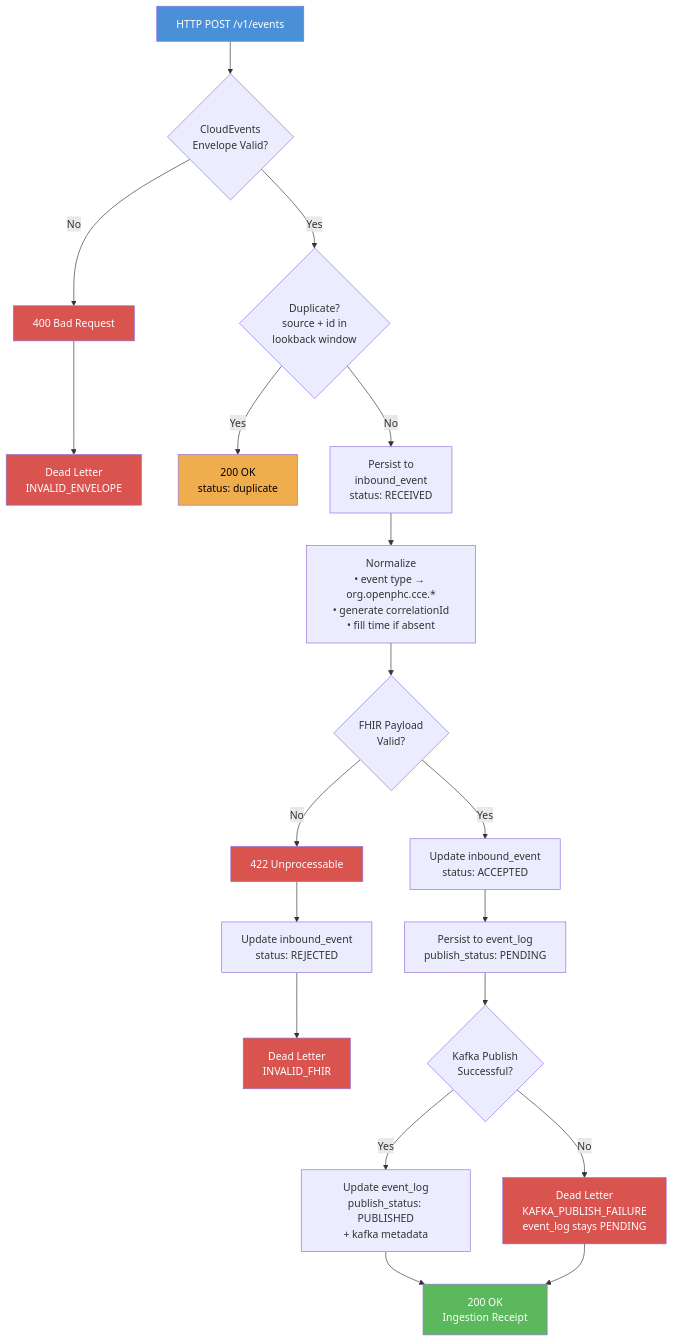
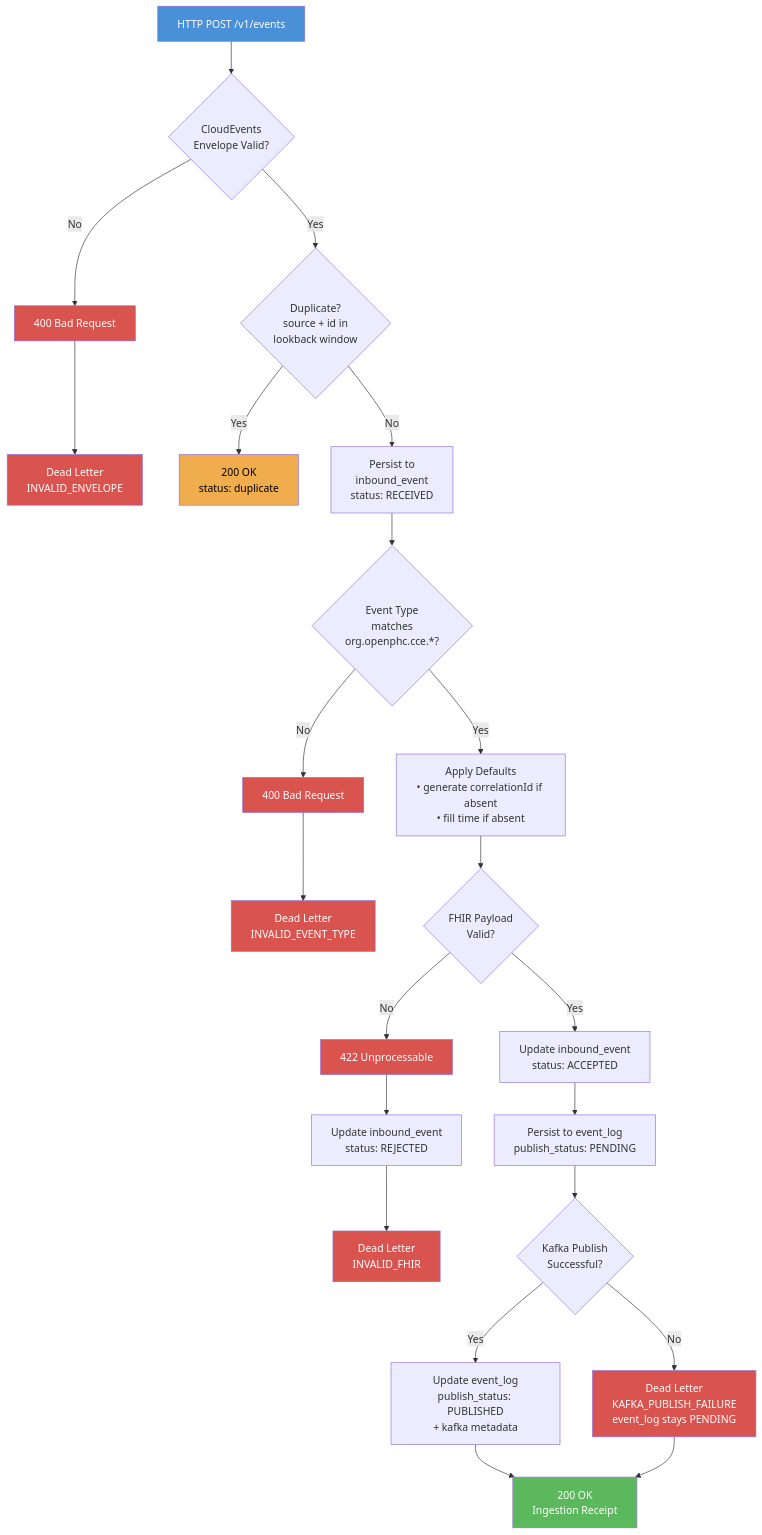
One commit to Jayaprakash8887/cce-collector-service changed the first of 8 diagrams in docs/flow-diagrams.md. Above: the diagram before and after it, drawn with Mermaid. The commit also changed other lines of this file and 4 other files, not shown here.

````diff
--- a/docs/flow-diagrams.md
+++ b/docs/flow-diagrams.md
@@ -9,30 +9,35 @@
 ```mermaid
 flowchart TD
     A[HTTP POST /v1/events] --> B{CloudEvents<br/>Envelope Valid?}
     B -->|No| C[400 Bad Request]
     C --> C1[Dead Letter<br/>INVALID_ENVELOPE]
     B -->|Yes| D{Duplicate?<br/>source + id in<br/>lookback window}
     D -->|Yes| E[200 OK<br/>status: duplicate]
     D -->|No| F[Persist to<br/>inbound_event<br/>status: RECEIVED]
-    F --> G[Normalize<br/>• event type → org.openphc.cce.*<br/>• generate correlationId<br/>• fill time if absent]
-    G --> H{FHIR Payload<br/>Valid?}
+    F --> G1{Event Type<br/>matches<br/>org.openphc.cce.*?}
+    G1 -->|No| G1a[400 Bad Request]
+    G1a --> G1b[Dead Letter<br/>INVALID_EVENT_TYPE]
+    G1 -->|Yes| G2[Apply Defaults<br/>• generate correlationId if absent<br/>• fill time if absent]
+    G2 --> H{FHIR Payload<br/>Valid?}
     H -->|No| I[422 Unprocessable]
     I --> I1[Update inbound_event<br/>status: REJECTED]
     I1 --> I2[Dead Letter<br/>INVALID_FHIR]
     H -->|Yes| J[Update inbound_event<br/>status: ACCEPTED]
     J --> K[Persist to event_log<br/>publish_status: PENDING]
     K --> L{Kafka Publish<br/>Successful?}
     L -->|Yes| M[Update event_log<br/>publish_status: PUBLISHED<br/>+ kafka metadata]
     L -->|No| N[Dead Letter<br/>KAFKA_PUBLISH_FAILURE<br/>event_log stays PENDING]
     M --> O[200 OK<br/>Ingestion Receipt]
     N --> O
 
     style A fill:#4a90d9,color:#fff
     style E fill:#f0ad4e,color:#000
     style O fill:#5cb85c,color:#fff
     style C fill:#d9534f,color:#fff
     style I fill:#d9534f,color:#fff
     style C1 fill:#d9534f,color:#fff
     style I2 fill:#d9534f,color:#fff
     style N fill:#d9534f,color:#fff
+    style G1a fill:#d9534f,color:#fff
+    style G1b fill:#d9534f,color:#fff
 ```
````
